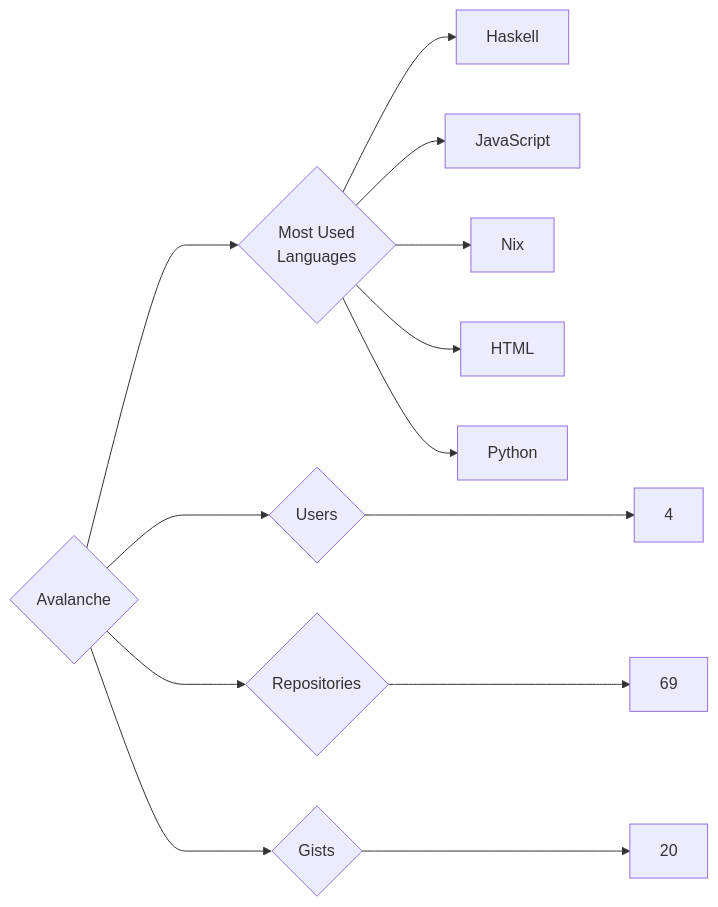
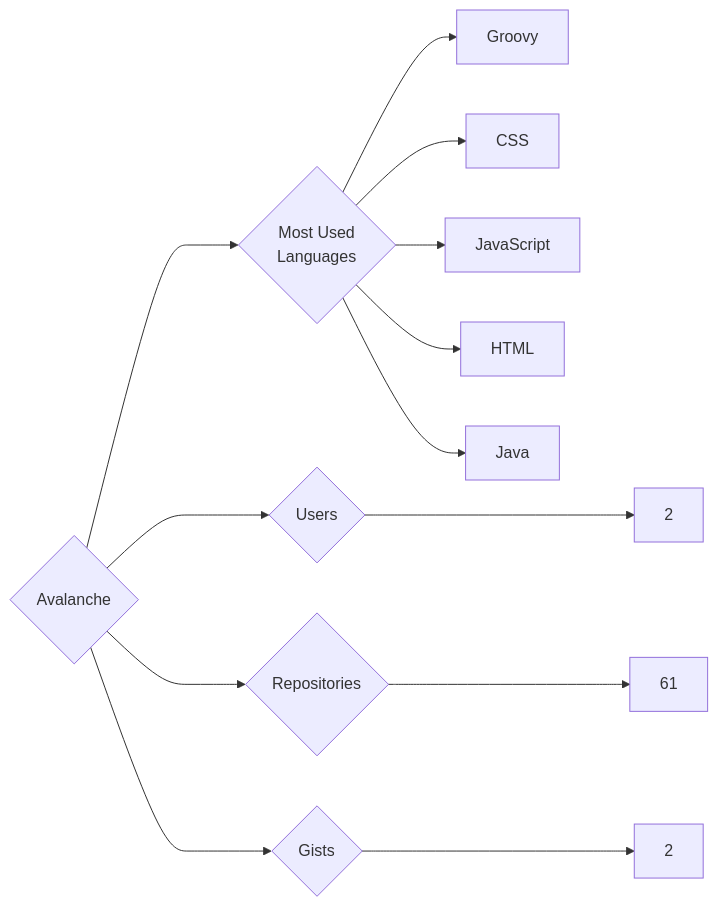
The diagram in targets/Avalanche/README.md (trickest/insiders), drawn with Mermaid before and after one commit. The commit also changed 559 other files, not shown here.

````diff
--- a/targets/Avalanche/README.md
+++ b/targets/Avalanche/README.md
@@ -3,13 +3,13 @@
 ```mermaid
 graph LR
 COMPANY_NAME{Avalanche}
-COMPANY_NAME ---> U{Users} ---> UN[4]
-COMPANY_NAME ---> R{Repositories} ---> RN[69]
-COMPANY_NAME ---> G{Gists} ---> GN[20]
+COMPANY_NAME ---> U{Users} ---> UN[2]
+COMPANY_NAME ---> R{Repositories} ---> RN[61]
+COMPANY_NAME ---> G{Gists} ---> GN[2]
 COMPANY_NAME ---> ML{Most Used<br>Languages}
-ML --> Haskell[Haskell]
+ML --> Groovy[Groovy]
+ML --> CSS[CSS]
 ML --> JavaScript[JavaScript]
-ML --> Nix[Nix]
 ML --> HTML[HTML]
-ML --> Python[Python]
+ML --> Java[Java]
 ```
````
